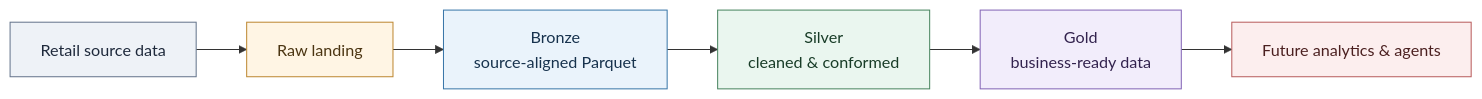
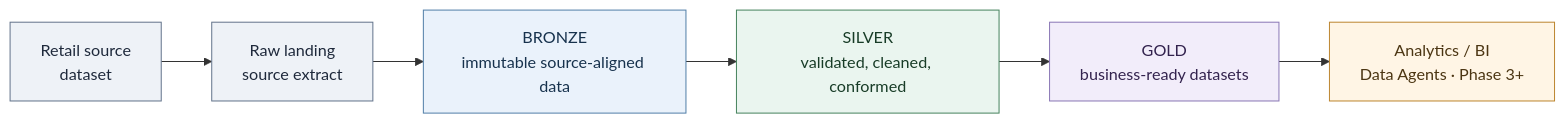
The second of 2 diagrams in README.md (msellamiTN/spark-lakehouse-agent), drawn with Mermaid before and after one commit. The commit also changed other lines of this file, not shown here.

Commit message:
docs: refine Mermaid architecture and lifecycle diagrams

````diff
--- a/README.md
+++ b/README.md
@@ -68,14 +71,18 @@
 ```mermaid
 flowchart LR
-  SRC["Retail source data"] --> RAW["Raw landing"]
-  RAW --> BRONZE["Bronze<br/>source-aligned Parquet"]
-  BRONZE --> SILVER["Silver<br/>cleaned & conformed"]
-  SILVER --> GOLD["Gold<br/>business-ready data"]
-  GOLD --> BI["Future analytics & agents"]
-  style SRC fill:#eef2f7,stroke:#64748b,color:#1e293b
-  style RAW fill:#fff5e4,stroke:#bd8731,color:#4b3512
-  style BRONZE fill:#eaf3fb,stroke:#3976a8,color:#17324d
-  style SILVER fill:#eaf6ef,stroke:#47845e,color:#183c27
-  style GOLD fill:#f2edfb,stroke:#8263b5,color:#33234e
-  style BI fill:#fceeee,stroke:#b85c5c,color:#4b2020
+  SOURCE["Retail source<br/>dataset"] --> LANDING["Raw landing<br/>source extract"]
+  LANDING --> BRONZE["BRONZE<br/>immutable source-aligned data"]
+  BRONZE --> SILVER["SILVER<br/>validated, cleaned, conformed"]
+  SILVER --> GOLD["GOLD<br/>business-ready datasets"]
+  GOLD --> CONSUMERS["Analytics / BI<br/>Data Agents · Phase 3+"]
+  classDef source fill:#eef2f7,stroke:#64748b,color:#1e293b
+  classDef bronze fill:#eaf2fb,stroke:#527fa8,color:#17324d
+  classDef silver fill:#eaf5ef,stroke:#47845e,color:#183c27
+  classDef gold fill:#f2edfa,stroke:#8b78b6,color:#33234e
+  classDef future fill:#fff5e5,stroke:#bd8731,color:#4b3512
+  class SOURCE,LANDING source
+  class BRONZE bronze
+  class SILVER silver
+  class GOLD gold
+  class CONSUMERS future
 ```
````
